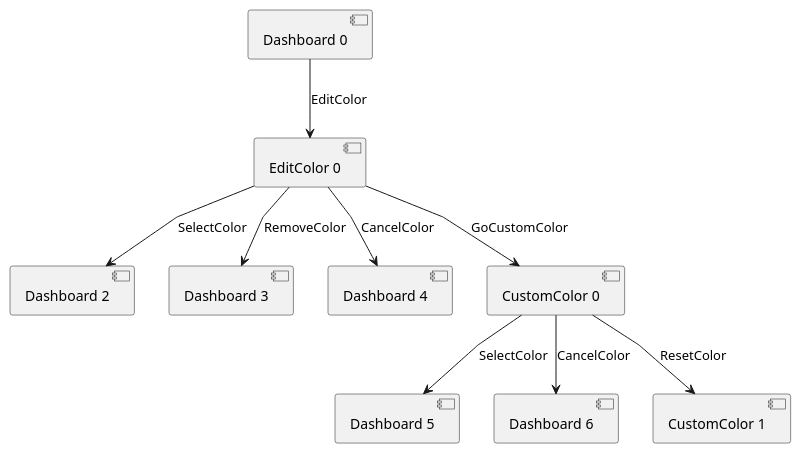
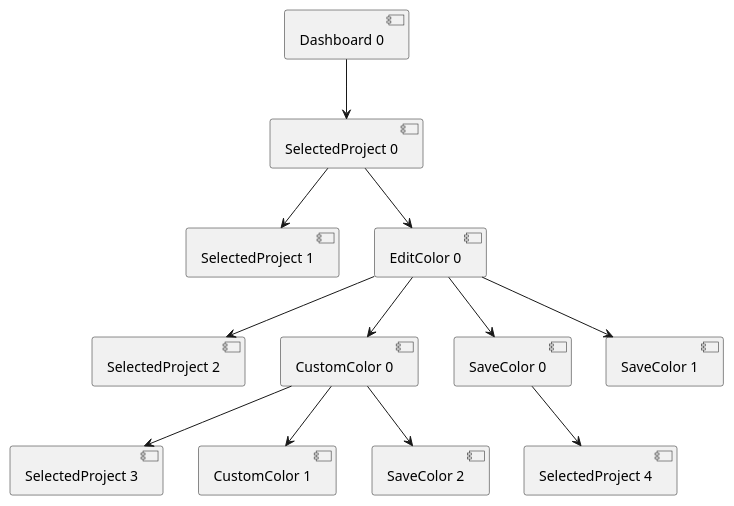
One commit to JoaoCostaIFG/tvvs changed the diagram in assignments/4_model_based_testing/transition_trees/transition_tree_3.puml. Above: the diagram before and after it, drawn with PlantUML. The commit also changed 5 other files, not shown here.

```diff
--- a/assignments/4_model_based_testing/transition_trees/transition_tree_3.puml
+++ b/assignments/4_model_based_testing/transition_trees/transition_tree_3.puml
@@ -1,13 +1,19 @@
 @startuml
 skinparam linetype polyline
-[Dashboard 0] -d-> [EditColor 0] : EditColor
+[Dashboard 0] -d-> [SelectedProject 0]
 
-[EditColor 0] -d-> [Dashboard 2] : SelectColor
-[EditColor 0] -d-> [Dashboard 3] : RemoveColor
-[EditColor 0] -d-> [Dashboard 4] : CancelColor
-[EditColor 0] -d-> [CustomColor 0] : GoCustomColor
+[SelectedProject 0] -d-> [SelectedProject 1]
+[SelectedProject 0] -d-> [EditColor 0]
 
-[CustomColor 0] -d-> [Dashboard 5] : SelectColor
-[CustomColor 0] -d-> [Dashboard 6] : CancelColor
-[CustomColor 0] -d-> [CustomColor 1] : ResetColor
+[EditColor 0] -d-> [SelectedProject 2]
+[EditColor 0] -d-> [CustomColor 0]
+[EditColor 0] -d-> [SaveColor 0]
+[EditColor 0] -d-> [SaveColor 1]
+
+[CustomColor 0] -d-> [SelectedProject 3]
+[CustomColor 0] -d-> [CustomColor 1]
+[CustomColor 0] -d-> [SaveColor 2]
+
+[SaveColor 0] -d-> [SelectedProject 4]
+
 @enduml
```
